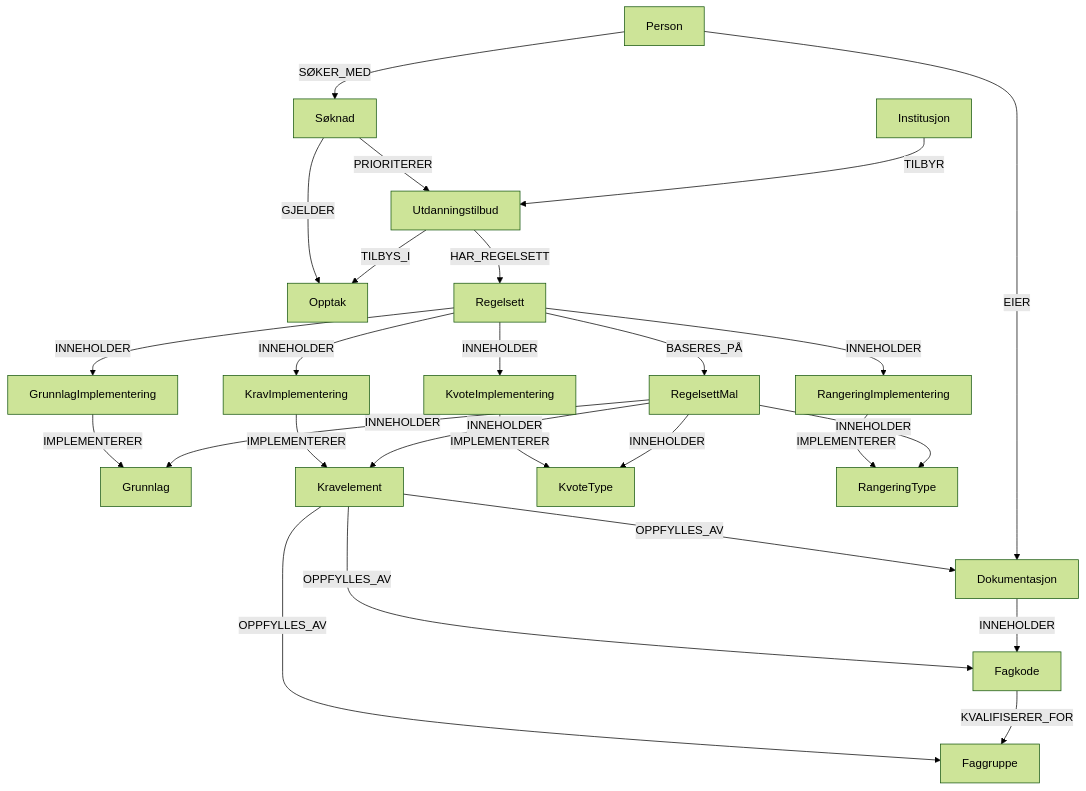
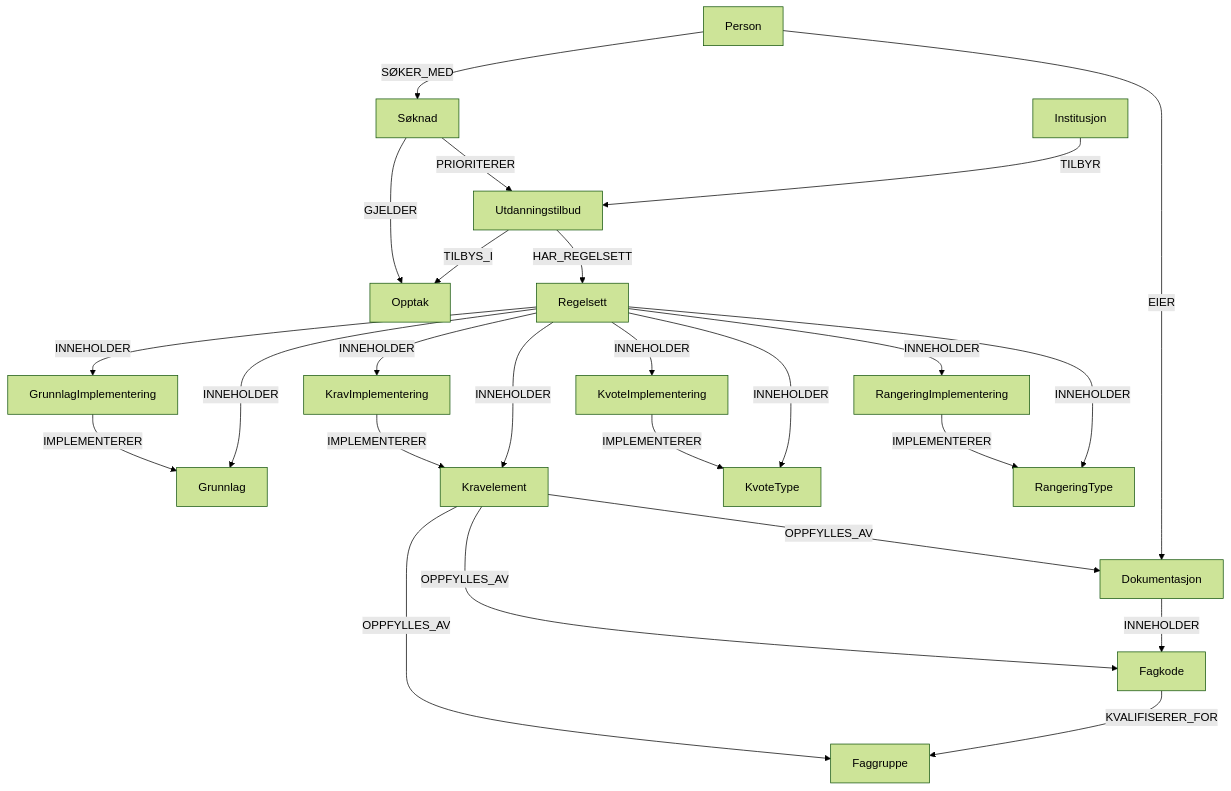
One commit to SmidigStorm/grafopptak changed the diagram in domenekunnskap/datamodell.md. Above: the diagram before and after it, drawn with Mermaid (forest theme). The commit also changed other lines of this file and 7 other files, not shown here.

First line of the commit message:
Refaktorer: Fjern RegelsettMal, bruk Regelsett med erMal flag

````diff
--- a/domenekunnskap/datamodell.md
+++ b/domenekunnskap/datamodell.md
@@ -5,38 +5,35 @@
 ```mermaid
 graph TD
     Institusjon -->|TILBYR| Utdanningstilbud
     Person -->|EIER| Dokumentasjon
     Person -->|SØKER_MED| Søknad
     Utdanningstilbud -->|TILBYS_I| Opptak
     Utdanningstilbud -->|HAR_REGELSETT| Regelsett
     Søknad -->|GJELDER| Opptak
     Søknad -->|PRIORITERER| Utdanningstilbud
 
     %% Dokumentasjonsinnhold
     Dokumentasjon -->|INNEHOLDER| Fagkode
     Fagkode -->|KVALIFISERER_FOR| Faggruppe
 
-    %% Regelsett-maler og standarder
-    RegelsettMal -->|INNEHOLDER| Grunnlag
-    RegelsettMal -->|INNEHOLDER| Kravelement
-    RegelsettMal -->|INNEHOLDER| KvoteType
-    RegelsettMal -->|INNEHOLDER| RangeringType
+    %% Standard-elementer (brukes av regelsett)
+    Regelsett -->|INNEHOLDER| Grunnlag
+    Regelsett -->|INNEHOLDER| Kravelement
+    Regelsett -->|INNEHOLDER| KvoteType
+    Regelsett -->|INNEHOLDER| RangeringType
 
     %% Kobling mellom krav og oppfyllelse (tre forskjellige måter)
     Kravelement -->|OPPFYLLES_AV| Faggruppe
     Kravelement -->|OPPFYLLES_AV| Dokumentasjon
     Kravelement -->|OPPFYLLES_AV| Fagkode
-
-    %% Utdanningstilbud-spesifikke implementeringer
-    Regelsett -->|BASERES_PÅ| RegelsettMal
     Regelsett -->|INNEHOLDER| GrunnlagImplementering
     Regelsett -->|INNEHOLDER| KravImplementering
     Regelsett -->|INNEHOLDER| KvoteImplementering
     Regelsett -->|INNEHOLDER| RangeringImplementering
 
     %% Implementeringer basert på standarder
     GrunnlagImplementering -->|IMPLEMENTERER| Grunnlag
     KravImplementering -->|IMPLEMENTERER| Kravelement
     KvoteImplementering -->|IMPLEMENTERER| KvoteType
     RangeringImplementering -->|IMPLEMENTERER| RangeringType
 ```
````
